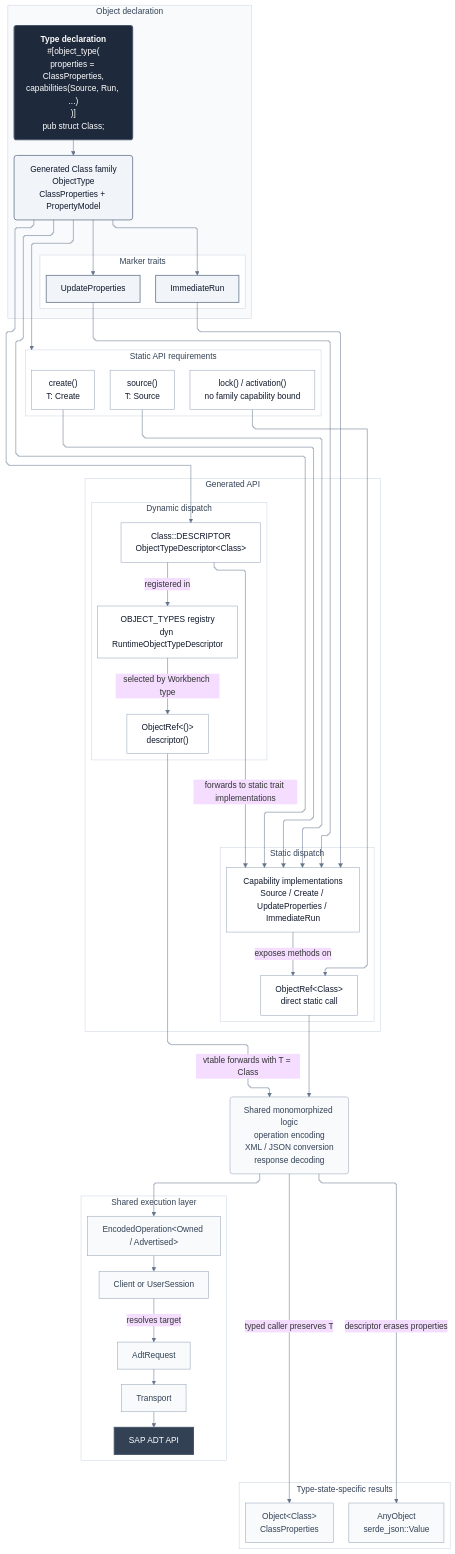
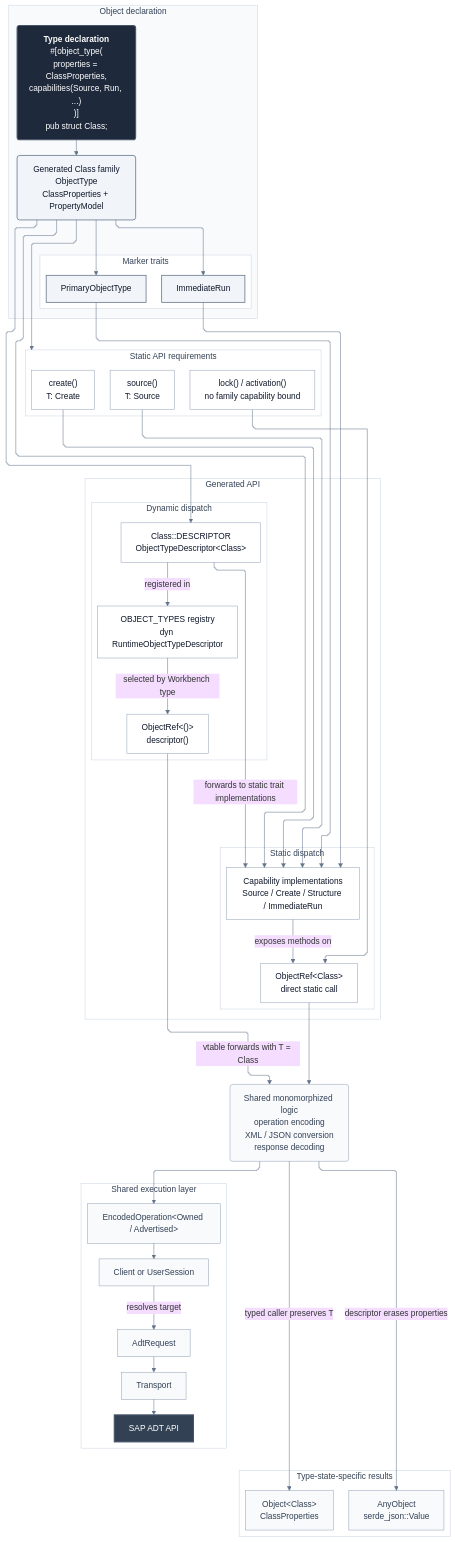
One commit to kennyhml/ziege changed the diagram in crates/zadt/README.md. Above: the diagram before and after it, drawn with Mermaid. The commit also changed other lines of this file and 48 other files, not shown here.

```diff
--- a/crates/zadt/README.md
+++ b/crates/zadt/README.md
@@ -69,12 +85,12 @@
 
         subgraph MARKERS["Marker traits"]
             direction LR
-            UPDATE["UpdateProperties"]
+            PRIMARY["PrimaryObjectType"]
             RUN["ImmediateRun"]
         end
 
         DECLARATION --> FAMILY
-        FAMILY --> UPDATE
+        FAMILY --> PRIMARY
         FAMILY --> RUN
     end
 
@@ -90,7 +106,7 @@
 
         subgraph STATIC["Static dispatch"]
             direction TB
-            CAPABILITIES["Capability implementations<br>Source / Create / UpdateProperties / ImmediateRun"]
+            CAPABILITIES["Capability implementations<br>Source / Create / Structure / ImmediateRun"]
             TYPED_CALL["ObjectRef&lt;Class&gt;<br>direct static call"]
         end
 
@@ -124,7 +140,7 @@
     CREATE --> CAPABILITIES
     SOURCE --> CAPABILITIES
     IDENTITY --> TYPED_CALL
-    UPDATE --> CAPABILITIES
+    PRIMARY --> CAPABILITIES
     RUN --> CAPABILITIES
     CAPABILITIES -->|exposes methods on| TYPED_CALL
 
@@ -154,7 +170,7 @@
     classDef backend fill:#334155,color:#ffffff,stroke:#475569,stroke-width:2px
 
     class DECLARATION declaration
-    class FAMILY,UPDATE,RUN accent
+    class FAMILY,PRIMARY,RUN accent
     class CREATE,SOURCE,IDENTITY,CAPABILITIES,TYPED_CALL,DESCRIPTOR,REGISTRY,RUNTIME_CALL node
     class TYPED_OBJECT,RUNTIME_OBJECT,LOGIC,ENCODED,REQUEST,EXECUTOR,TRANSPORT muted
     class SAP backend
```
